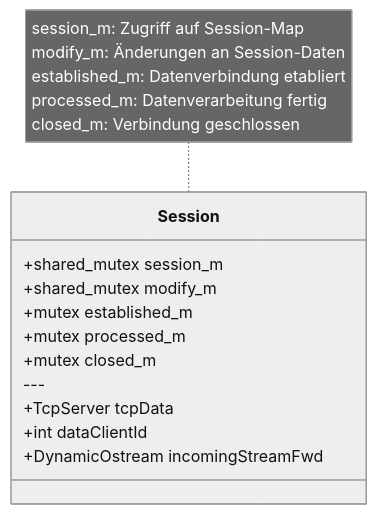
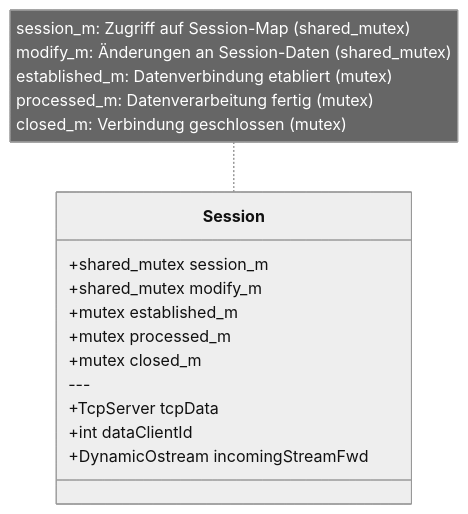
The third of 12 diagrams in src/ftp/issue-14/ANALYSE.md (nilshenrich/TCP_ServerClient), drawn with Mermaid (neutral theme) before and after one commit. The commit also changed other lines of this file, not shown here.

Commit message:
Analysis update: Mind shared lock

````diff
--- a/src/ftp/issue-14/ANALYSE.md
+++ b/src/ftp/issue-14/ANALYSE.md
@@ -23,20 +85,20 @@
 ```mermaid
 classDiagram
     class Session {
         +shared_mutex session_m
         +shared_mutex modify_m
         +mutex established_m
         +mutex processed_m
         +mutex closed_m
         ---
         +TcpServer tcpData
         +int dataClientId
         +DynamicOstream incomingStreamFwd
     }
 
-    note for Session "session_m: Zugriff auf Session-Map
-    modify_m: Änderungen an Session-Daten
-    established_m: Datenverbindung etabliert
-    processed_m: Datenverarbeitung fertig
-    closed_m: Verbindung geschlossen"
+    note for Session "session_m: Zugriff auf Session-Map (shared_mutex)
+    modify_m: Änderungen an Session-Daten (shared_mutex)
+    established_m: Datenverbindung etabliert (mutex)
+    processed_m: Datenverarbeitung fertig (mutex)
+    closed_m: Verbindung geschlossen (mutex)"
 ```
````
